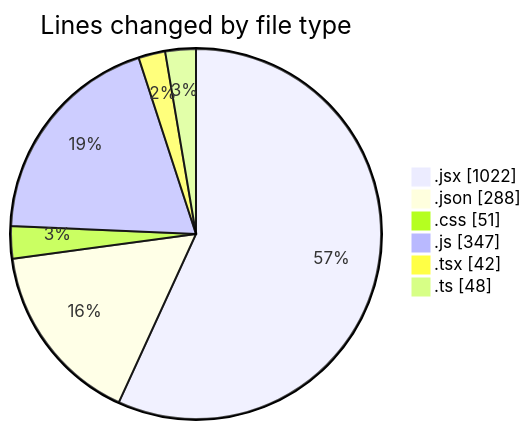
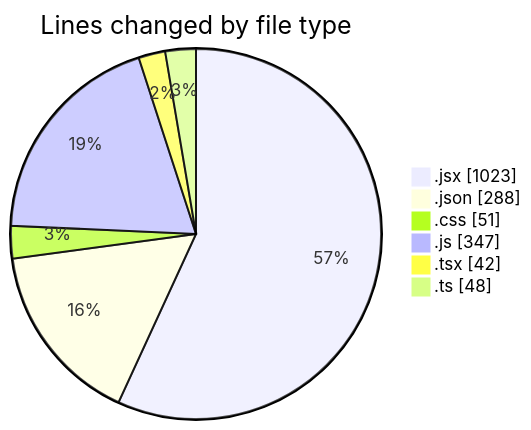
One commit to momahboobian/code-tracking changed the first of 2 diagrams in 2026-03-19/commonwealth-front-end-task/README.md. Above: the diagram before and after it, drawn with Mermaid. The commit also changed other lines of this file and 1 other file, not shown here.

````diff
--- a/2026-03-19/commonwealth-front-end-task/README.md
+++ b/2026-03-19/commonwealth-front-end-task/README.md
@@ -39,10 +39,10 @@
 ```mermaid
 pie showData
 title Lines changed by file type
-".jsx" : 1022
+".jsx" : 1023
 ".json" : 288
 ".css" : 51
 ".js" : 347
 ".tsx" : 42
 ".ts" : 48
 ```
````
